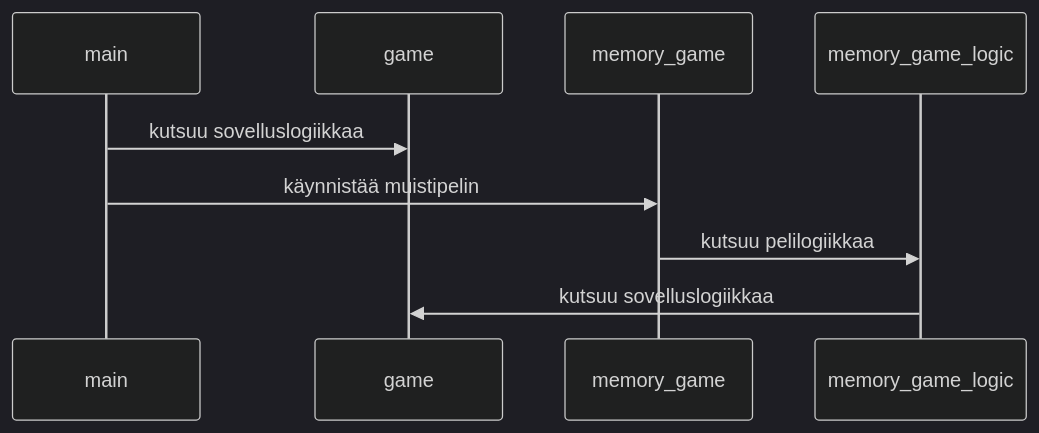
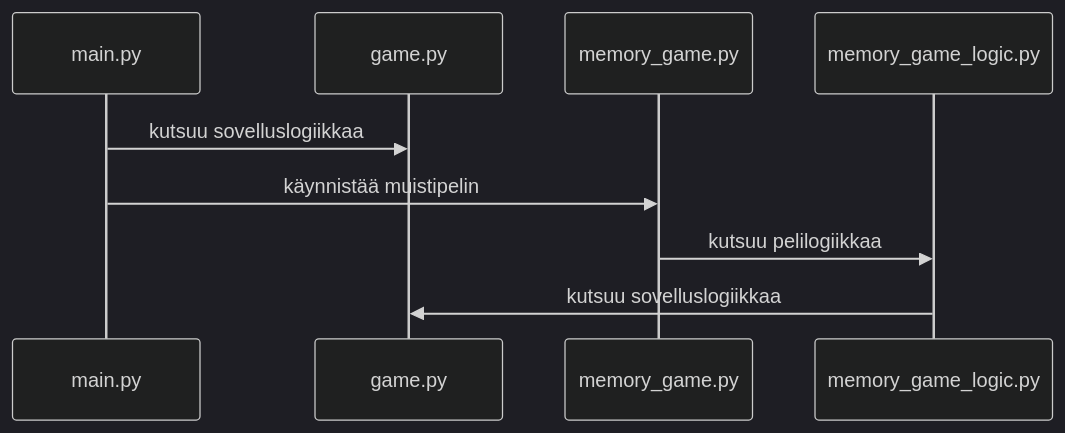
Before and after one commit to Fapacus/ot-harjoitustyo: the first of 2 diagrams in dokumentaatio/Arkkitehtuuri.md, drawn with Mermaid (dark theme). The commit also changed other lines of this file and 2 other files, not shown here.

Commit message:
arkkitehtuuria

````diff
--- a/dokumentaatio/Arkkitehtuuri.md
+++ b/dokumentaatio/Arkkitehtuuri.md
@@ -4,12 +4,12 @@
 ```mermaid
 sequenceDiagram
-    participant main
-    participant game
-    participant memory_game
-    participant memory_game_logic
+    participant main.py
+    participant game.py
+    participant memory_game.py
+    participant memory_game_logic.py
 
-    main->>game: kutsuu sovelluslogiikkaa
-    main->>memory_game: käynnistää muistipelin
-    memory_game->>memory_game_logic: kutsuu pelilogiikkaa
-    memory_game_logic->>game: kutsuu sovelluslogiikkaa
+    main.py->>game.py: kutsuu sovelluslogiikkaa
+    main.py->>memory_game.py: käynnistää muistipelin
+    memory_game.py->>memory_game_logic.py: kutsuu pelilogiikkaa
+    memory_game_logic.py->>game.py: kutsuu sovelluslogiikkaa
 ```
````
